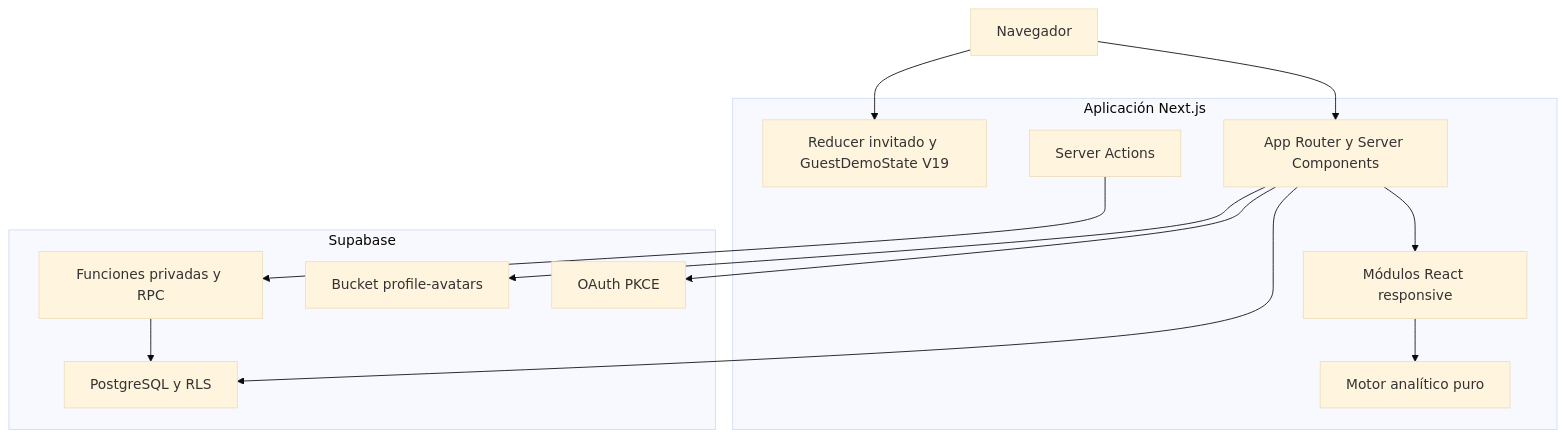
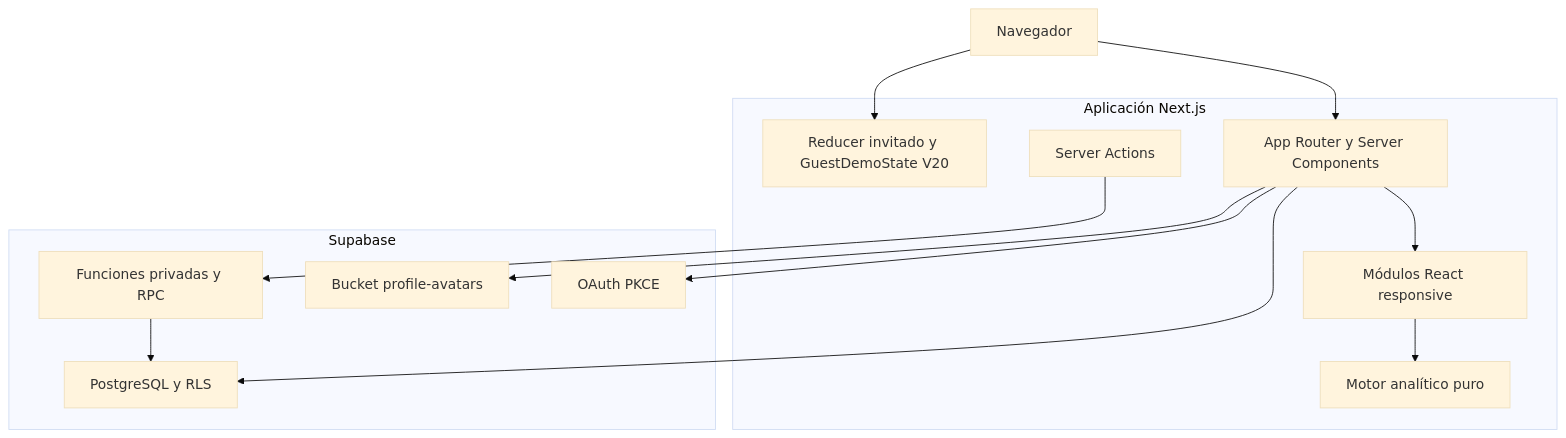
One commit to antoniojesusdelgado/management-platform-demo changed the second of 9 diagrams in docs/TECHNICAL-CASE-STUDY.md. Above: the diagram before and after it, drawn with Mermaid (base theme). The commit also changed other lines of this file and 33 other files, not shown here.

````diff
--- a/docs/TECHNICAL-CASE-STUDY.md
+++ b/docs/TECHNICAL-CASE-STUDY.md
@@ -83,26 +83,26 @@
 ```mermaid
 flowchart TB
   browser["Navegador"]
   subgraph next["Aplicación Next.js"]
     routes["App Router y Server Components"]
     actions["Server Actions"]
-    guest["Reducer invitado y GuestDemoState V19"]
+    guest["Reducer invitado y GuestDemoState V20"]
     analytics["Motor analítico puro"]
     ui["Módulos React responsive"]
   end
   subgraph supabase["Supabase"]
     auth["OAuth PKCE"]
     postgres["PostgreSQL y RLS"]
     rpc["Funciones privadas y RPC"]
     storage["Bucket profile-avatars"]
   end
   browser --> routes
   browser --> guest
   routes --> ui
   ui --> analytics
   routes --> postgres
   actions --> rpc
   rpc --> postgres
   routes --> auth
   routes --> storage
 ```
````
